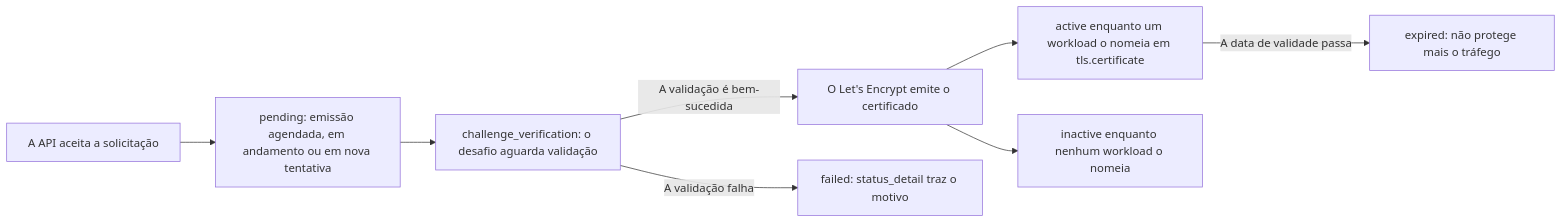
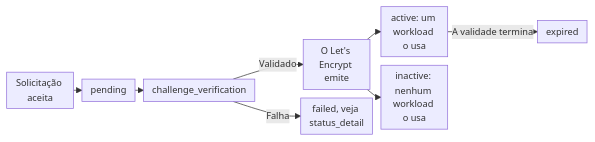
Before and after one commit to aziontech/docs: the diagram in src/content/docs/pt-br/pages/secure/certificate-manager/emissao-e-renovacao.mdx, drawn with Mermaid. The commit also changed 5 other files, not shown here.

First line of the commit message:
docs(workloads): fit the section's diagrams to the frame without horizontal scroll

````diff
--- a/src/content/docs/pt-br/pages/secure/certificate-manager/emissao-e-renovacao.mdx
+++ b/src/content/docs/pt-br/pages/secure/certificate-manager/emissao-e-renovacao.mdx
@@ -80,10 +80,11 @@
 ```mermaid
+%%{init: {"layout": "dagre", "themeVariables": {"fontSize": "13px"}, "flowchart": {"nodeSpacing": 12, "rankSpacing": 12, "padding": 6, "wrappingWidth": 70, "minNodeWidth": 40, "useMaxWidth": true}}}%%
 flowchart LR
-  Req["A API aceita a solicitação"] --> Pending["pending: emissão agendada, em andamento ou em nova tentativa"]
-  Pending --> Challenge["challenge_verification: o desafio aguarda validação"]
-  Challenge -->|"A validação é bem-sucedida"| Issued["O Let's Encrypt emite o certificado"]
-  Challenge -->|"A validação falha"| Failed["failed: status_detail traz o motivo"]
-  Issued --> Active["active enquanto um workload o nomeia em tls.certificate"]
-  Issued --> Inactive["inactive enquanto nenhum workload o nomeia"]
-  Active -->|"A data de validade passa"| Expired["expired: não protege mais o tráfego"]
+  Req["Solicitação aceita"] --> Pending["pending"]
+  Pending --> Challenge["challenge_verification"]
+  Challenge -->|"Validado"| Issued["O Let's Encrypt emite"]
+  Challenge -->|"Falha"| Failed["failed, veja status_detail"]
+  Issued --> Active["active: um workload o usa"]
+  Issued --> Inactive["inactive: nenhum workload o usa"]
+  Active -->|"A validade termina"| Expired["expired"]
 ```
````
